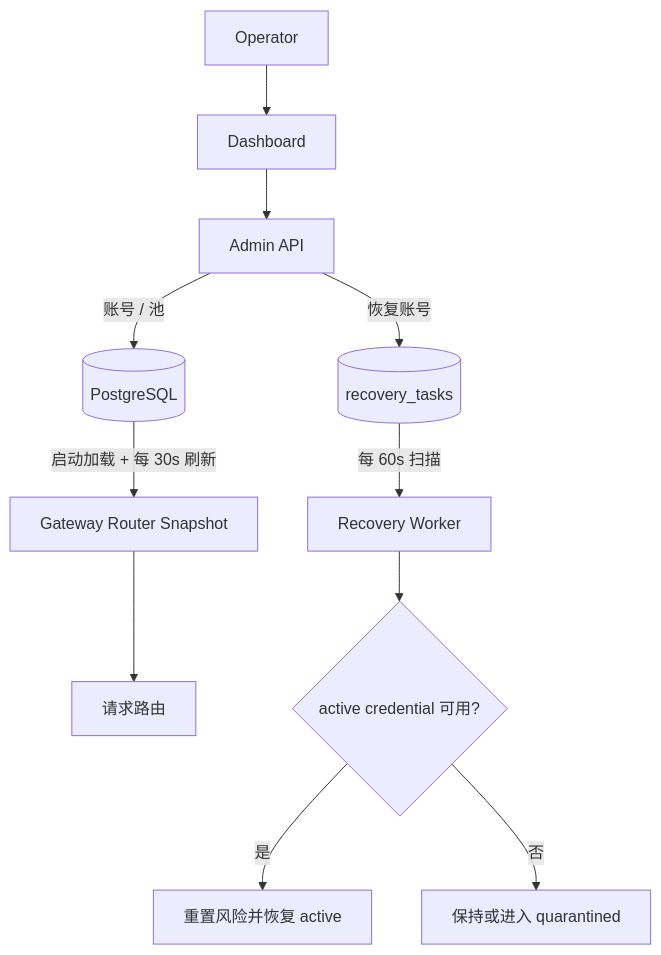
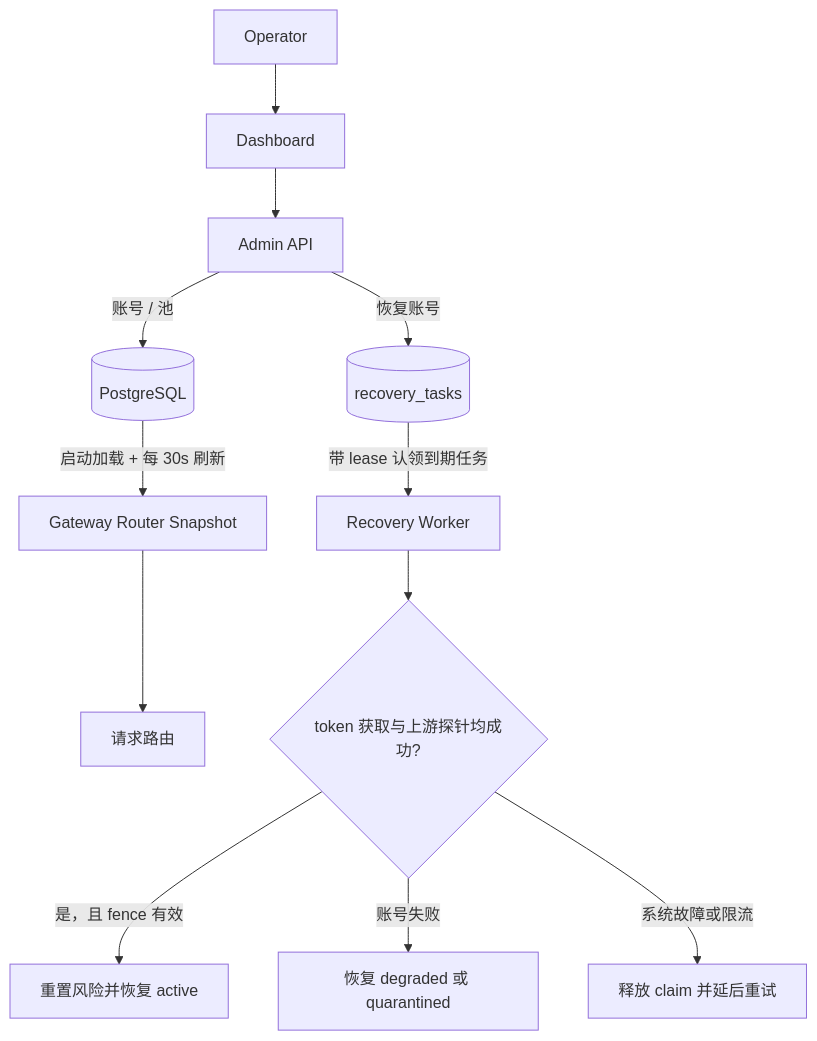
The third of 4 diagrams in docs/architecture.zh.md (pczhao1210/ghcp-pool-proxy), drawn with Mermaid before and after one commit. The commit also changed other lines of this file and 34 other files, not shown here.

First line of the commit message:
Publish runtime release 2026.09.12.1 (schema 21)

````diff
--- a/docs/architecture.zh.md
+++ b/docs/architecture.zh.md
@@ -85,14 +85,15 @@
 ```mermaid
 flowchart TD
   Operator["Operator"] --> Dashboard["Dashboard"]
   Dashboard --> Admin["Admin API"]
   Admin -->|"账号 / 池"| PG[(PostgreSQL)]
   PG -->|"启动加载 + 每 30s 刷新"| Snapshot["Gateway Router Snapshot"]
   Snapshot --> Router["请求路由"]
 
   Admin -->|"恢复账号"| Task[(recovery_tasks)]
-  Task -->|"每 60s 扫描"| Worker["Recovery Worker"]
-  Worker --> Cred{"active credential 可用?"}
-  Cred -->|"是"| Active["重置风险并恢复 active"]
-  Cred -->|"否"| Quarantined["保持或进入 quarantined"]
+  Task -->|"带 lease 认领到期任务"| Worker["Recovery Worker"]
+  Worker --> Cred{"token 获取与上游探针均成功?"}
+  Cred -->|"是，且 fence 有效"| Active["重置风险并恢复 active"]
+  Cred -->|"账号失败"| Quarantined["恢复 degraded 或 quarantined"]
+  Cred -->|"系统故障或限流"| Retry["释放 claim 并延后重试"]
 ```
````
